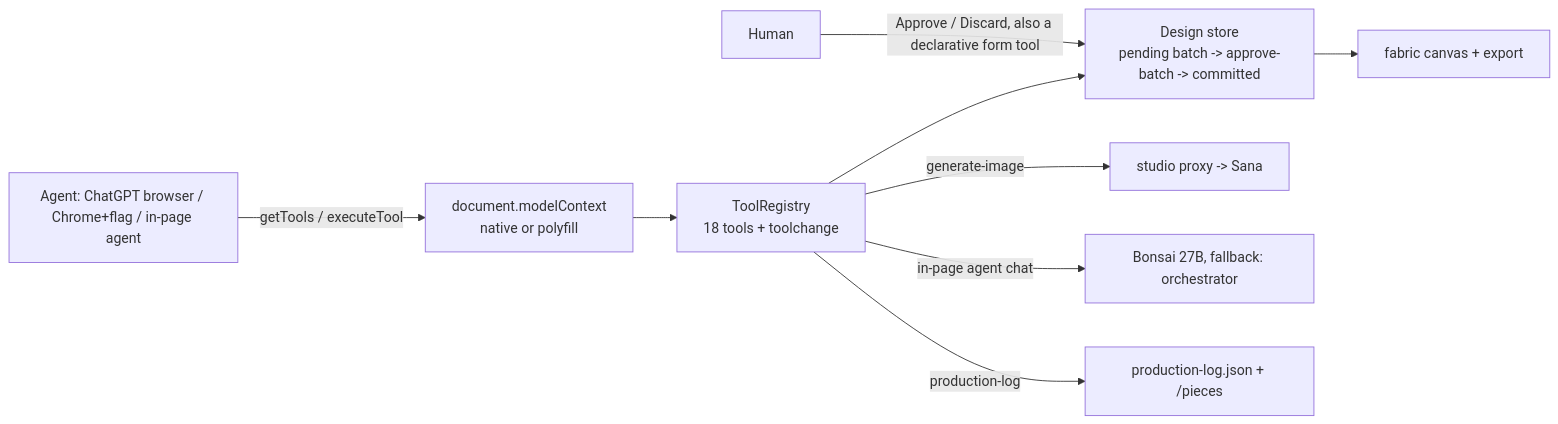
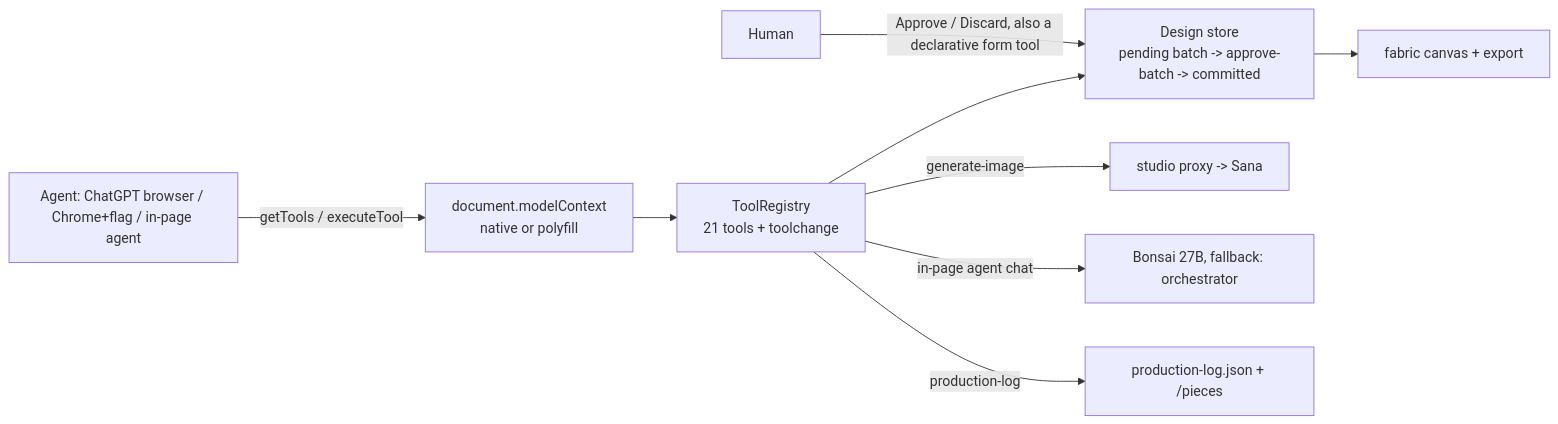
Before and after one commit to Aitherium/webmcp-design-studio: the diagram in README.md, drawn with Mermaid. The commit also changed other lines of this file and 8 other files, not shown here.

````diff
--- a/README.md
+++ b/README.md
@@ -54,11 +54,11 @@
 ```mermaid
 flowchart LR
   A[Agent: ChatGPT browser / Chrome+flag / in-page agent] -- getTools / executeTool --> M[document.modelContext<br/>native or polyfill]
-  M --> R[ToolRegistry<br/>18 tools + toolchange]
+  M --> R[ToolRegistry<br/>21 tools + toolchange]
   R --> S[Design store<br/>pending batch -> approve-batch -> committed]
   S --> C[fabric canvas + export]
   R -- generate-image --> I[studio proxy -> Sana]
   R -- in-page agent chat --> T[Bonsai 27B, fallback: orchestrator]
   R -- production-log --> P[production-log.json + /pieces]
   U[Human] -- Approve / Discard, also a declarative form tool --> S
 ```
````
